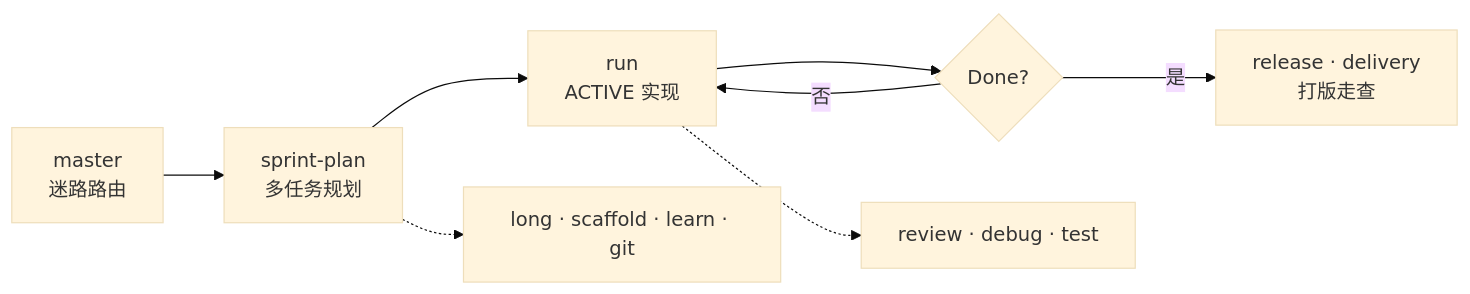
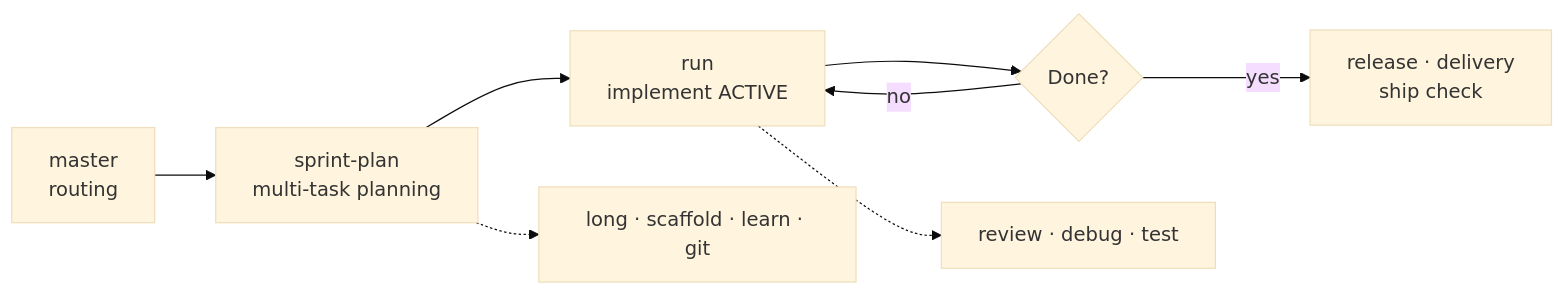
Before and after one commit to wangqiqi/planrun: the diagram in README.md, drawn with Mermaid (base theme). The commit also changed other lines of this file and 4 other files, not shown here.

````diff
--- a/README.md
+++ b/README.md
@@ -67,10 +69,10 @@
 ```mermaid
 flowchart LR
-  A[master<br/>迷路路由] --> B[sprint-plan<br/>多任务规划]
-  B --> C[run<br/>ACTIVE 实现]
+  A[master<br/>routing] --> B[sprint-plan<br/>multi-task planning]
+  B --> C[run<br/>implement ACTIVE]
   C --> D{Done?}
-  D -->|否| C
-  D -->|是| E[release · delivery<br/>打版走查]
+  D -->|no| C
+  D -->|yes| E[release · delivery<br/>ship check]
   C -.-> F[review · debug · test]
   B -.-> G[long · scaffold · learn · git]
 ```
````
